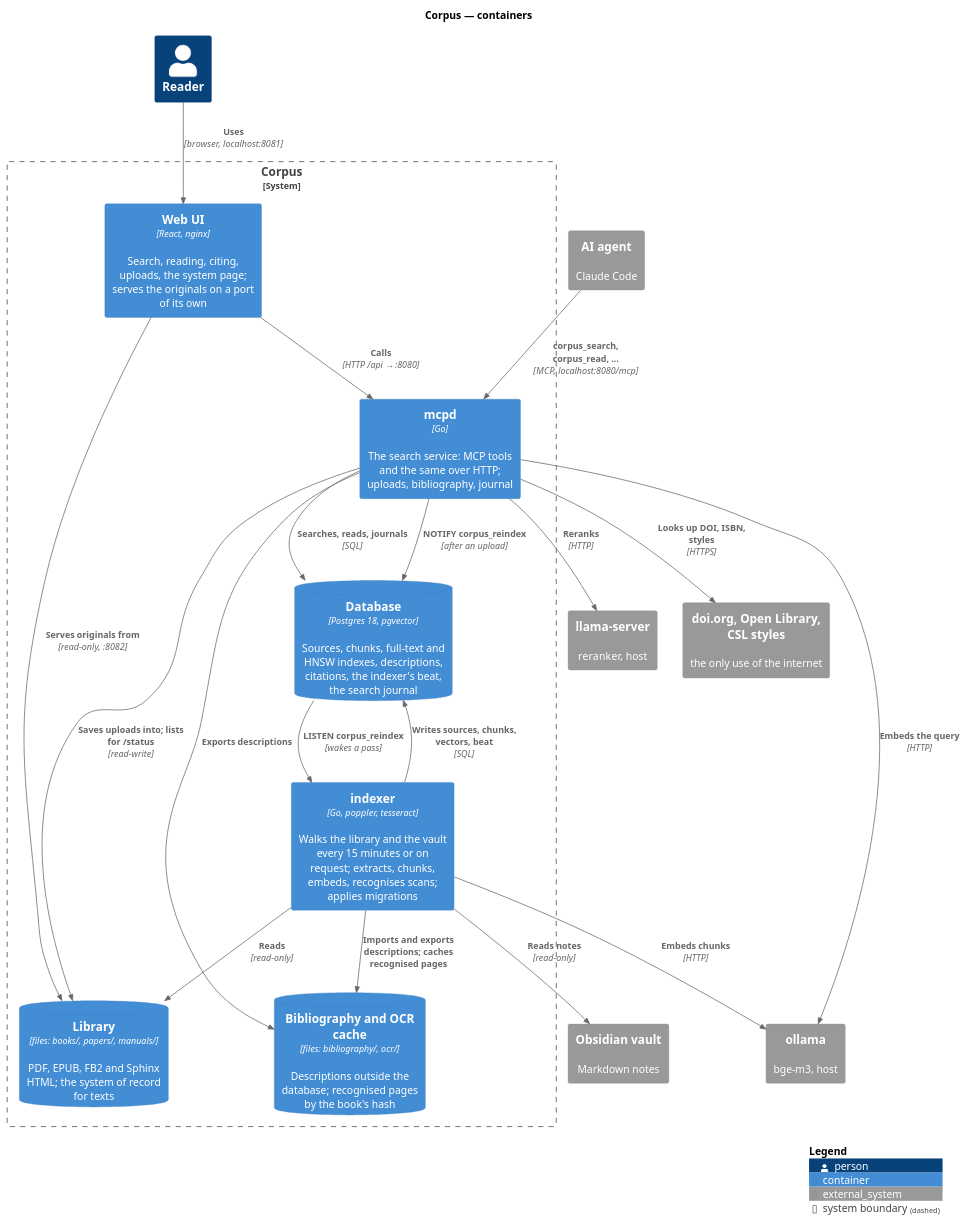
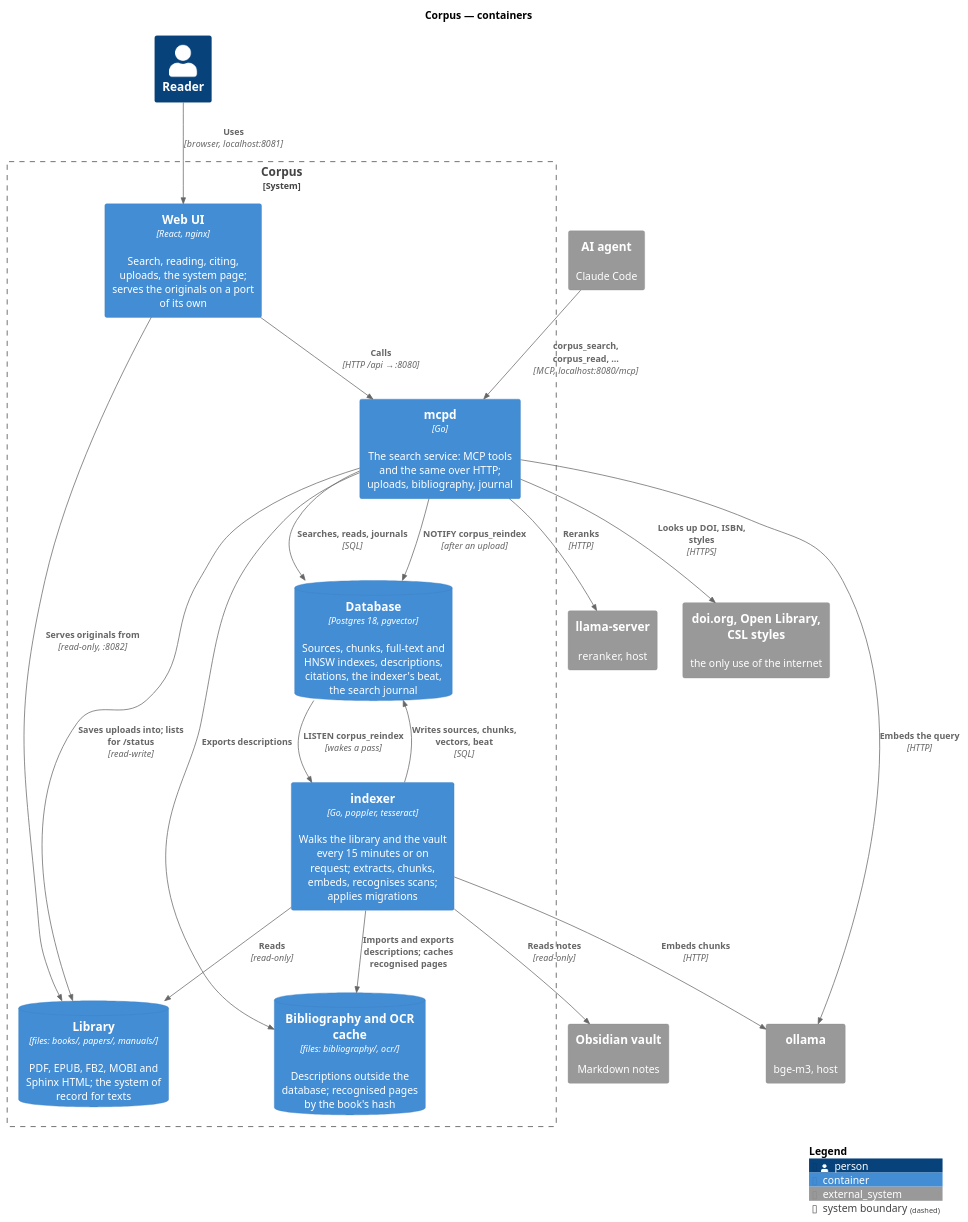
The diagram in docs/c4/containers.puml (smirnoffmg/corpus), drawn with PlantUML before and after one commit. The commit also changed 15 other files, not shown here.

```diff
--- a/docs/c4/containers.puml
+++ b/docs/c4/containers.puml
@@ -1,41 +1,41 @@
 @startuml containers
 !include <C4/C4_Container>
 
 title Corpus — containers
 
 Person(reader, "Reader")
 System_Ext(agent, "AI agent", "Claude Code")
 System_Ext(obsidian, "Obsidian vault", "Markdown notes")
 System_Ext(ollama, "ollama", "bge-m3, host")
 System_Ext(reranker, "llama-server", "reranker, host")
 System_Ext(internet, "doi.org, Open Library, CSL styles", "the only use of the internet")
 
 System_Boundary(corpus, "Corpus") {
     Container(front, "Web UI", "React, nginx", "Search, reading, citing, uploads, the system page; serves the originals on a port of its own")
     Container(mcpd, "mcpd", "Go", "The search service: MCP tools and the same over HTTP; uploads, bibliography, journal")
     Container(indexer, "indexer", "Go, poppler, tesseract", "Walks the library and the vault every 15 minutes or on request; extracts, chunks, embeds, recognises scans; applies migrations")
     ContainerDb(db, "Database", "Postgres 18, pgvector", "Sources, chunks, full-text and HNSW indexes, descriptions, citations, the indexer's beat, the search journal")
-    ContainerDb(library, "Library", "files: books/, papers/, manuals/", "PDF, EPUB, FB2 and Sphinx HTML; the system of record for texts")
+    ContainerDb(library, "Library", "files: books/, papers/, manuals/", "PDF, EPUB, FB2, MOBI and Sphinx HTML; the system of record for texts")
     ContainerDb(files, "Bibliography and OCR cache", "files: bibliography/, ocr/", "Descriptions outside the database; recognised pages by the book's hash")
 }
 
 Rel(reader, front, "Uses", "browser, localhost:8081")
 Rel(agent, mcpd, "corpus_search, corpus_read, …", "MCP, localhost:8080/mcp")
 Rel(front, mcpd, "Calls", "HTTP /api → :8080")
 Rel(front, library, "Serves originals from", "read-only, :8082")
 Rel(mcpd, db, "Searches, reads, journals", "SQL")
 Rel(indexer, db, "Writes sources, chunks, vectors, beat", "SQL")
 Rel(mcpd, db, "NOTIFY corpus_reindex", "after an upload")
 Rel(db, indexer, "LISTEN corpus_reindex", "wakes a pass")
 Rel(mcpd, library, "Saves uploads into; lists for /status", "read-write")
 Rel(indexer, library, "Reads", "read-only")
 Rel(indexer, obsidian, "Reads notes", "read-only")
 Rel(indexer, files, "Imports and exports descriptions; caches recognised pages")
 Rel(mcpd, files, "Exports descriptions")
 Rel(indexer, ollama, "Embeds chunks", "HTTP")
 Rel(mcpd, ollama, "Embeds the query", "HTTP")
 Rel(mcpd, reranker, "Reranks", "HTTP")
 Rel(mcpd, internet, "Looks up DOI, ISBN, styles", "HTTPS")
 
 SHOW_LEGEND()
 @enduml
```
